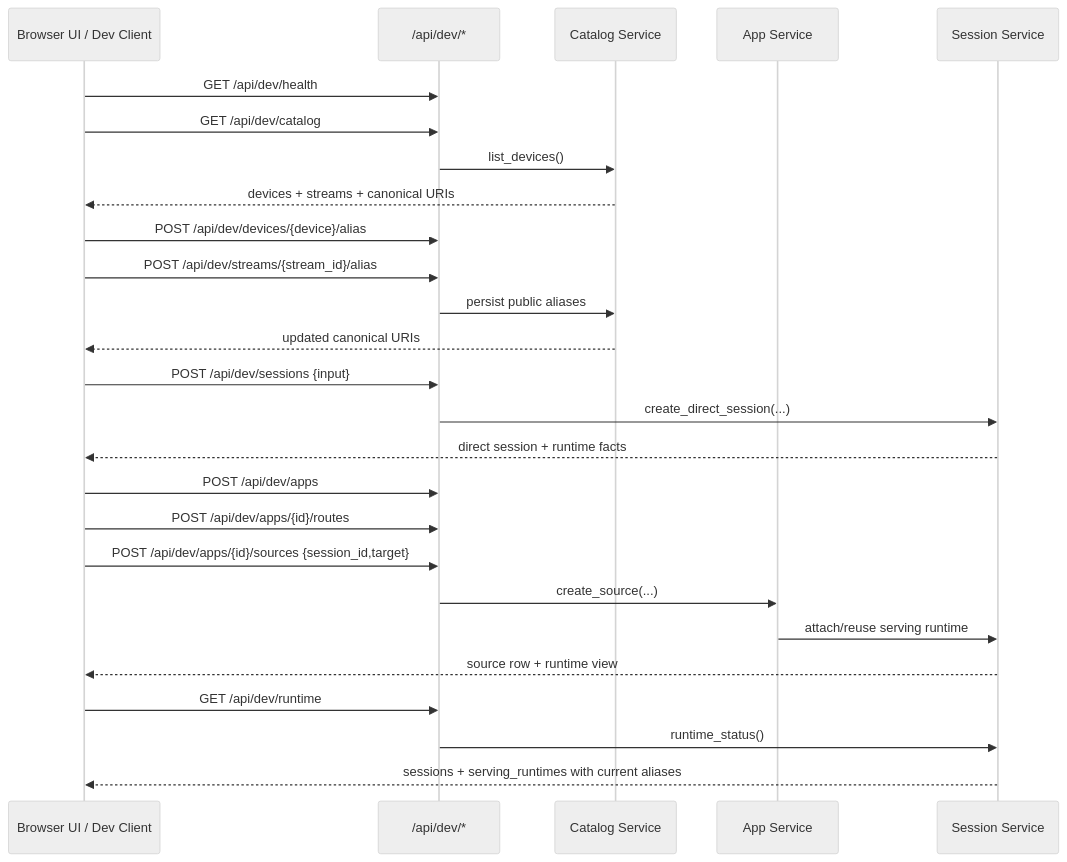
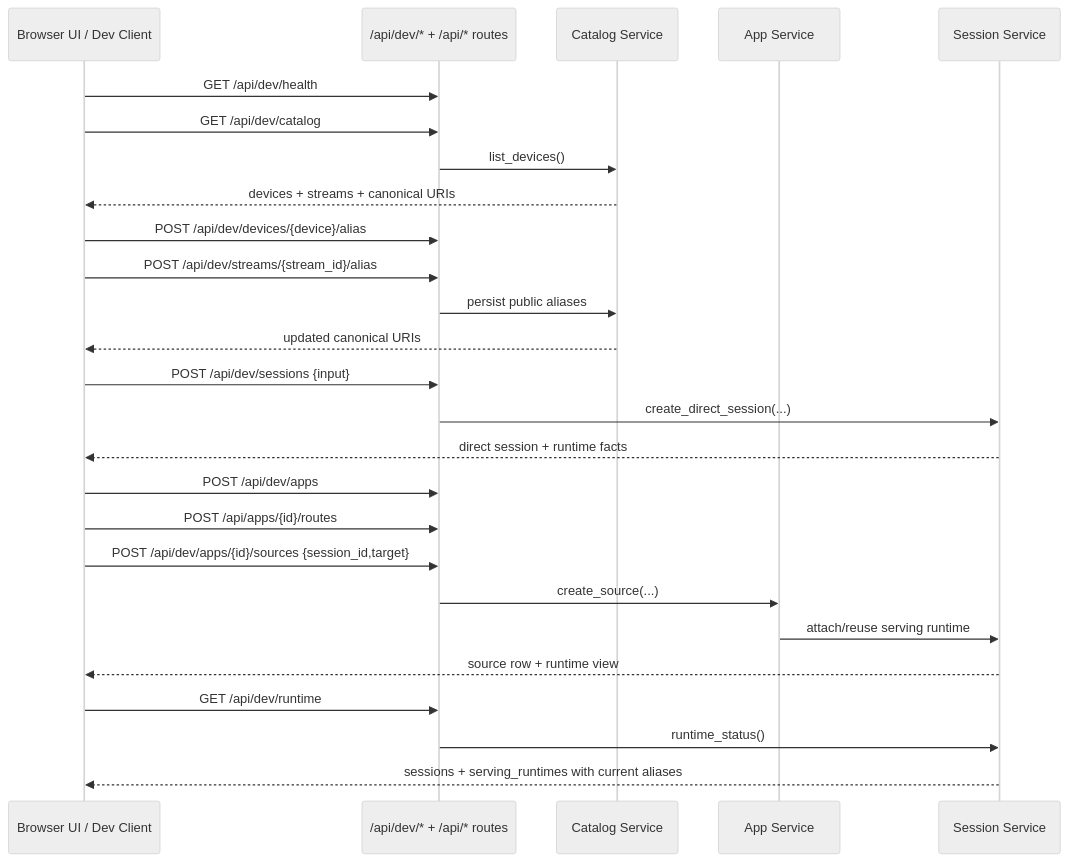
One commit to YixinZ-NUS/insight-io changed the diagram in docs/diagram/developer-control-surface-sequence.md. Above: the diagram before and after it, drawn with Mermaid (neutral theme). The commit also changed other lines of this file and 11 other files, not shown here.

````diff
--- a/docs/diagram/developer-control-surface-sequence.md
+++ b/docs/diagram/developer-control-surface-sequence.md
@@ -14,33 +18,33 @@
 ```mermaid
 sequenceDiagram
     participant Browser as Browser UI / Dev Client
-    participant REST as /api/dev/*
+    participant REST as /api/dev/* + /api/* routes
     participant Catalog as Catalog Service
     participant AppSvc as App Service
     participant Sess as Session Service
 
     Browser->>REST: GET /api/dev/health
     Browser->>REST: GET /api/dev/catalog
     REST->>Catalog: list_devices()
     Catalog-->>Browser: devices + streams + canonical URIs
 
     Browser->>REST: POST /api/dev/devices/{device}/alias
     Browser->>REST: POST /api/dev/streams/{stream_id}/alias
     REST->>Catalog: persist public aliases
     Catalog-->>Browser: updated canonical URIs
 
     Browser->>REST: POST /api/dev/sessions {input}
     REST->>Sess: create_direct_session(...)
     Sess-->>Browser: direct session + runtime facts
 
     Browser->>REST: POST /api/dev/apps
-    Browser->>REST: POST /api/dev/apps/{id}/routes
+    Browser->>REST: POST /api/apps/{id}/routes
     Browser->>REST: POST /api/dev/apps/{id}/sources {session_id,target}
     REST->>AppSvc: create_source(...)
     AppSvc->>Sess: attach/reuse serving runtime
     Sess-->>Browser: source row + runtime view
 
     Browser->>REST: GET /api/dev/runtime
     REST->>Sess: runtime_status()
     Sess-->>Browser: sessions + serving_runtimes with current aliases
 ```
````
